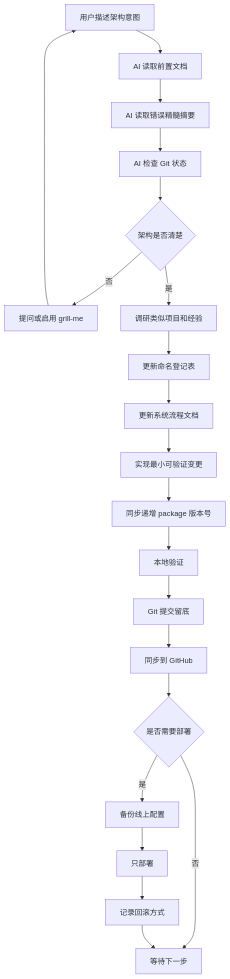
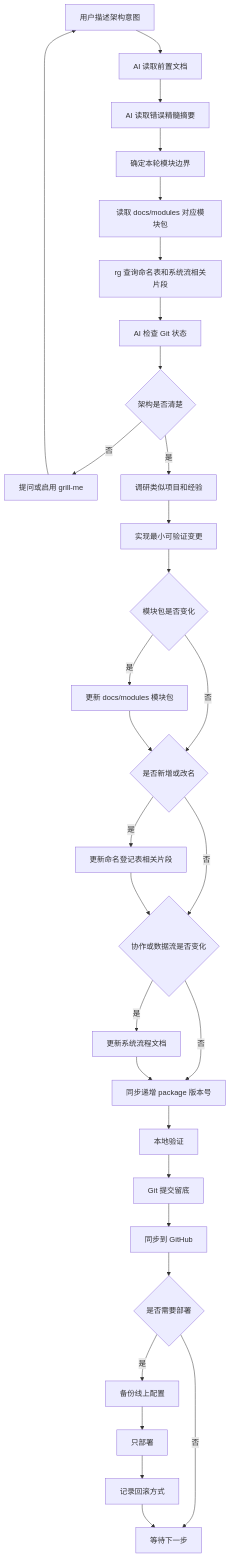
One commit to ttmanthatman/virtual-human-flow changed the first of 31 diagrams in docs/SYSTEM_FLOW.md. Above: the diagram before and after it, drawn with Mermaid. The commit also changed other lines of this file and 14 other files, not shown here.

````diff
--- a/docs/SYSTEM_FLOW.md
+++ b/docs/SYSTEM_FLOW.md
@@ -41,23 +43,33 @@
 ```mermaid
 flowchart TD
     A[用户描述架构意图] --> B[AI 读取前置文档]
     B --> ES[AI 读取错误精髓摘要]
-    ES --> C[AI 检查 Git 状态]
+    ES --> MOD[确定本轮模块边界]
+    MOD --> PACK[读取 docs/modules 对应模块包]
+    PACK --> LOOKUP[rg 查询命名表和系统流相关片段]
+    LOOKUP --> C[AI 检查 Git 状态]
     C --> D{架构是否清楚}
     D -- 否 --> E[提问或启用 grill-me]
     E --> A
     D -- 是 --> F[调研类似项目和经验]
-    F --> G[更新命名登记表]
-    G --> H[更新系统流程文档]
-    H --> I[实现最小可验证变更]
-    I --> V[同步递增 package 版本号]
+    F --> I[实现最小可验证变更]
+    I --> GP{模块包是否变化}
+    GP -- 是 --> GPACK[更新 docs/modules 模块包]
+    GP -- 否 --> NAMES{是否新增或改名}
+    GPACK --> NAMES
+    NAMES -- 是 --> G[更新命名登记表相关片段]
+    NAMES -- 否 --> FLOW{协作或数据流是否变化}
+    G --> FLOW
+    FLOW -- 是 --> H[更新系统流程文档]
+    FLOW -- 否 --> V[同步递增 package 版本号]
+    H --> V
     V --> J[本地验证]
     J --> K[Git 提交留底]
     K --> L[同步到 GitHub]
     L --> M{是否需要部署}
     M -- 是 --> N[备份线上配置]
     N --> O[只部署 <production-domain>]
     O --> P[记录回滚方式]
     M -- 否 --> Q[等待下一步]
     P --> Q
 ```
````
